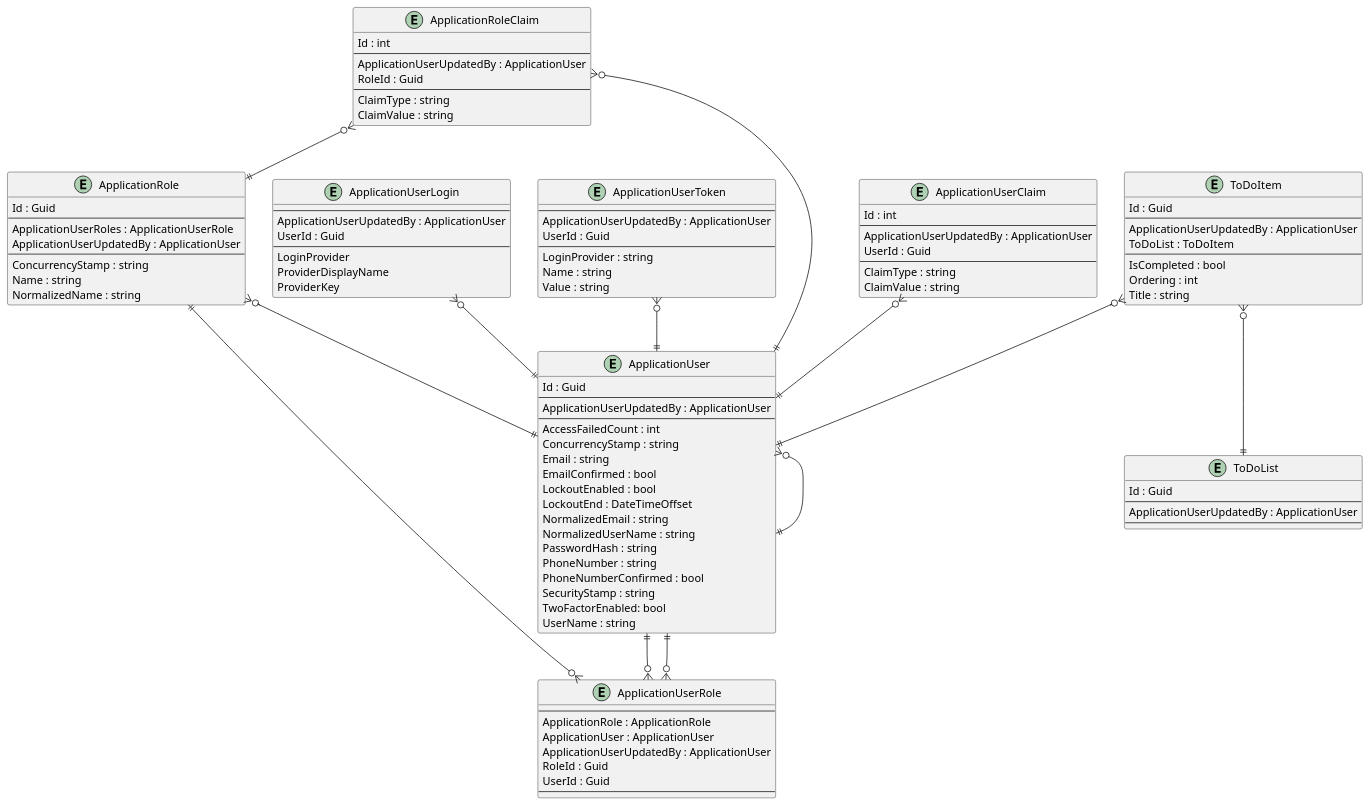
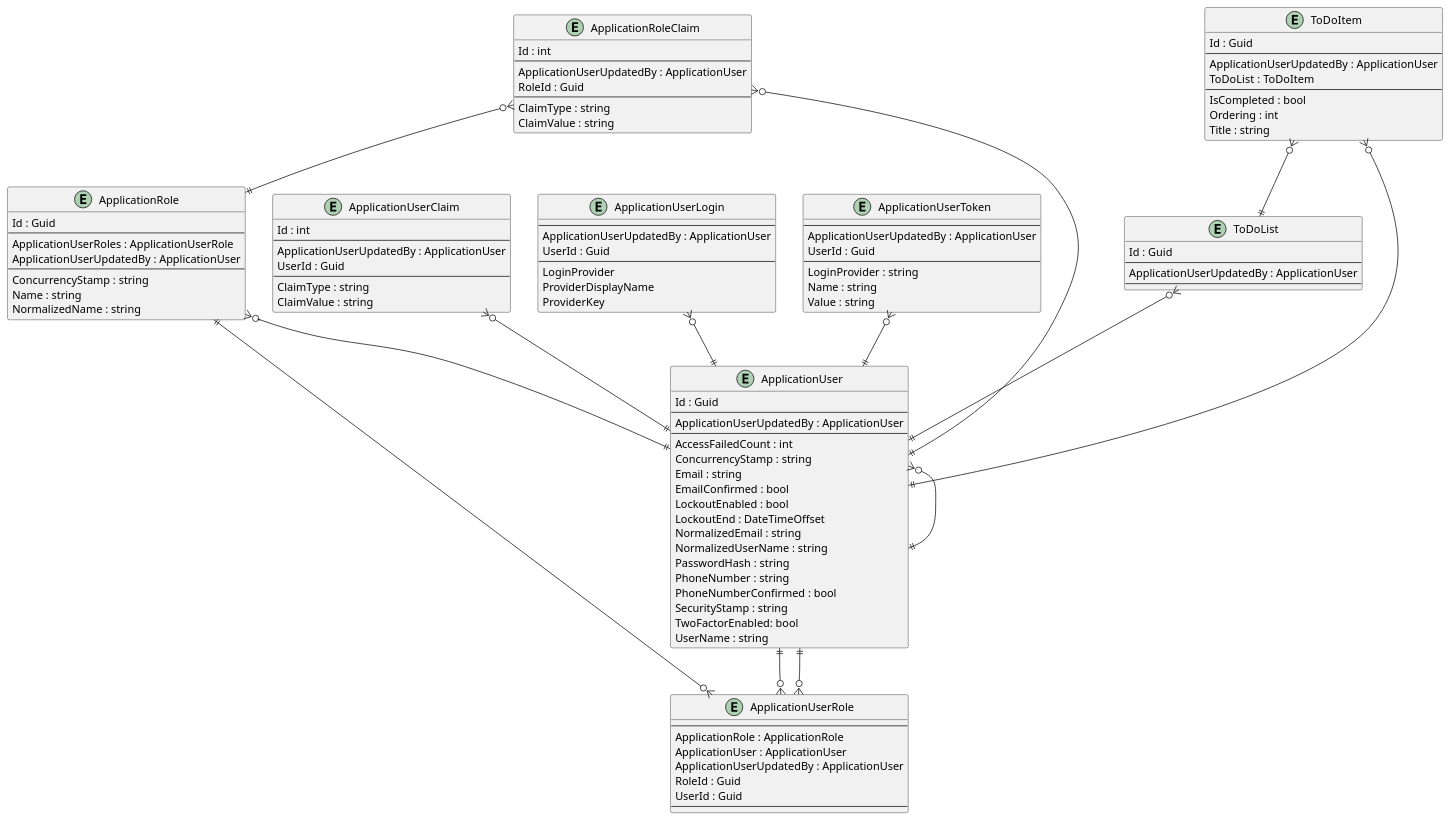
The diagram in .docs/Intrepion.ToDo.pu (intrepion/intrepion_to-do_web_blazor), drawn with PlantUML before and after one commit.

Commit message:
gawk -i inplace "{ gsub(/' RelationshipCodePlaceholder/, \"ToDoList }o--|| ApplicationUser\n' RelationshipCodePlaceholder\") }; { print }" .docs/Intrepion.ToDo.pu

```diff
--- a/.docs/Intrepion.ToDo.pu
+++ b/.docs/Intrepion.ToDo.pu
@@ -1,126 +1,127 @@
 @startuml
 
 entity ApplicationRole {
     Id : Guid
     --
     ApplicationUserRoles : ApplicationUserRole
     ApplicationUserUpdatedBy : ApplicationUser
     --
     ConcurrencyStamp : string
     Name : string
     NormalizedName : string
 }
 
 entity ApplicationRoleClaim {
     Id : int
     --
     ApplicationUserUpdatedBy : ApplicationUser
     RoleId : Guid
     --
     ClaimType : string
     ClaimValue : string
 }
 
 entity ApplicationUser {
     Id : Guid
     --
     ApplicationUserUpdatedBy : ApplicationUser
     ' ApplicationUserKeyCodePlaceholder
     --
     AccessFailedCount : int
     ConcurrencyStamp : string
     Email : string
     EmailConfirmed : bool
     LockoutEnabled : bool
     LockoutEnd : DateTimeOffset
     NormalizedEmail : string
     NormalizedUserName : string
     PasswordHash : string
     PhoneNumber : string
     PhoneNumberConfirmed : bool
     SecurityStamp : string
     TwoFactorEnabled: bool
     UserName : string
     ' ApplicationUserPropertyCodePlaceholder
 }
 
 entity ApplicationUserClaim {
     Id : int
     --
     ApplicationUserUpdatedBy : ApplicationUser
     UserId : Guid
     --
     ClaimType : string
     ClaimValue : string
 }
 
 entity ApplicationUserLogin {
     --
     ApplicationUserUpdatedBy : ApplicationUser
     UserId : Guid
     --
     LoginProvider
     ProviderDisplayName
     ProviderKey
 }
 
 entity ApplicationUserRole {
     --
     ApplicationRole : ApplicationRole
     ApplicationUser : ApplicationUser
     ApplicationUserUpdatedBy : ApplicationUser
     RoleId : Guid
     UserId : Guid
     --
 }
 
 entity ApplicationUserToken {
     --
     ApplicationUserUpdatedBy : ApplicationUser
     UserId : Guid
     --
     LoginProvider : string
     Name : string
     Value : string
 }
 
 entity ToDoItem {
     Id : Guid
     --
     ApplicationUserUpdatedBy : ApplicationUser
     ToDoList : ToDoItem
     ' ToDoItemKeyCodePlaceholder
     --
     IsCompleted : bool
     Ordering : int
     Title : string
     ' ToDoItemPropertyCodePlaceholder
 }
 
 entity ToDoList {
     Id : Guid
     --
     ApplicationUserUpdatedBy : ApplicationUser
     ' ToDoListKeyCodePlaceholder
     --
     ' ToDoListPropertyCodePlaceholder
 }
 
 ' EntityCodePlaceholder
 
 ApplicationRole ||--o{ ApplicationUserRole
 ApplicationRole }o--|| ApplicationUser
 ApplicationRoleClaim }o--|| ApplicationRole
 ApplicationRoleClaim }o--|| ApplicationUser
 ApplicationUser }o--|| ApplicationUser
 ApplicationUser ||--o{ ApplicationUserRole
 ApplicationUserClaim }o--|| ApplicationUser
 ApplicationUserLogin }o--|| ApplicationUser
 ApplicationUserRole }o--|| ApplicationUser
 ApplicationUserToken }o--|| ApplicationUser
 
 ToDoItem }o--|| ApplicationUser
 ToDoItem }o--|| ToDoList
+ToDoList }o--|| ApplicationUser
 ' RelationshipCodePlaceholder
 
 @enduml
```
